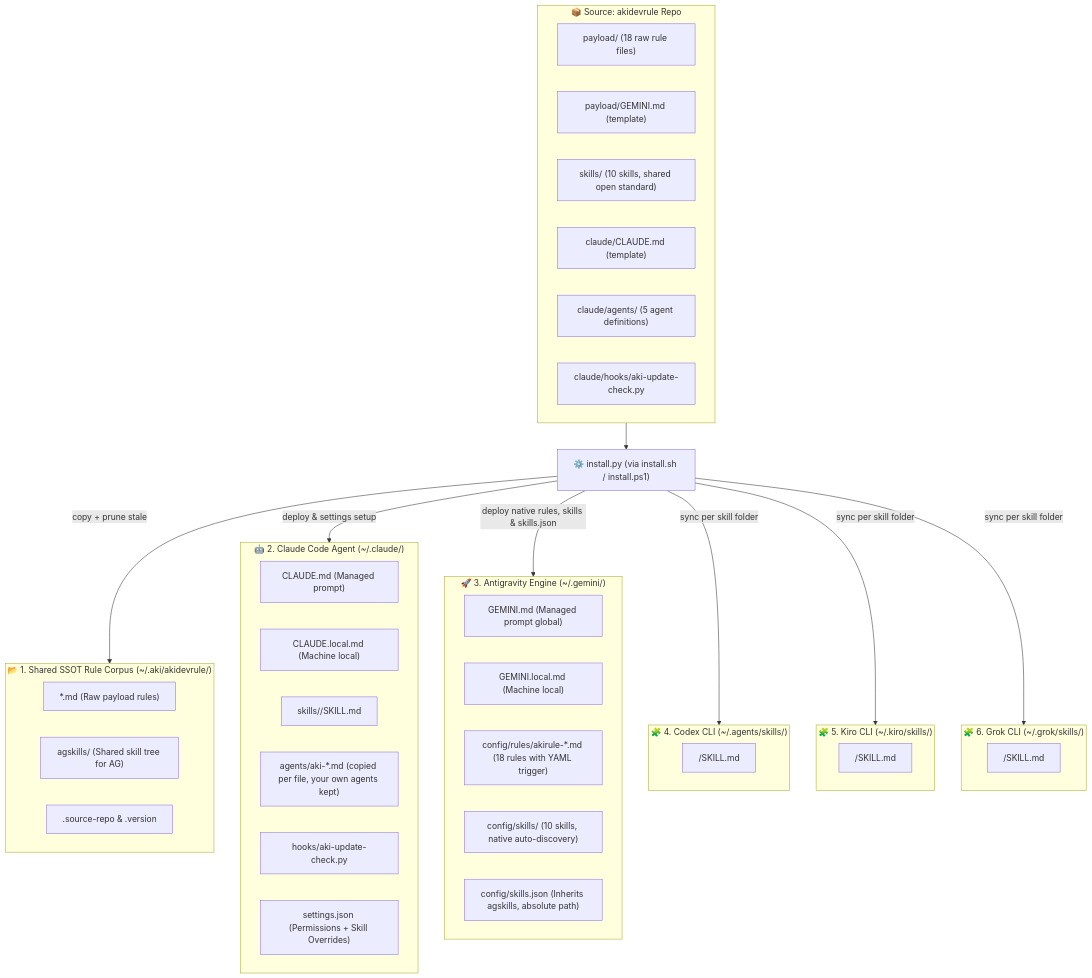
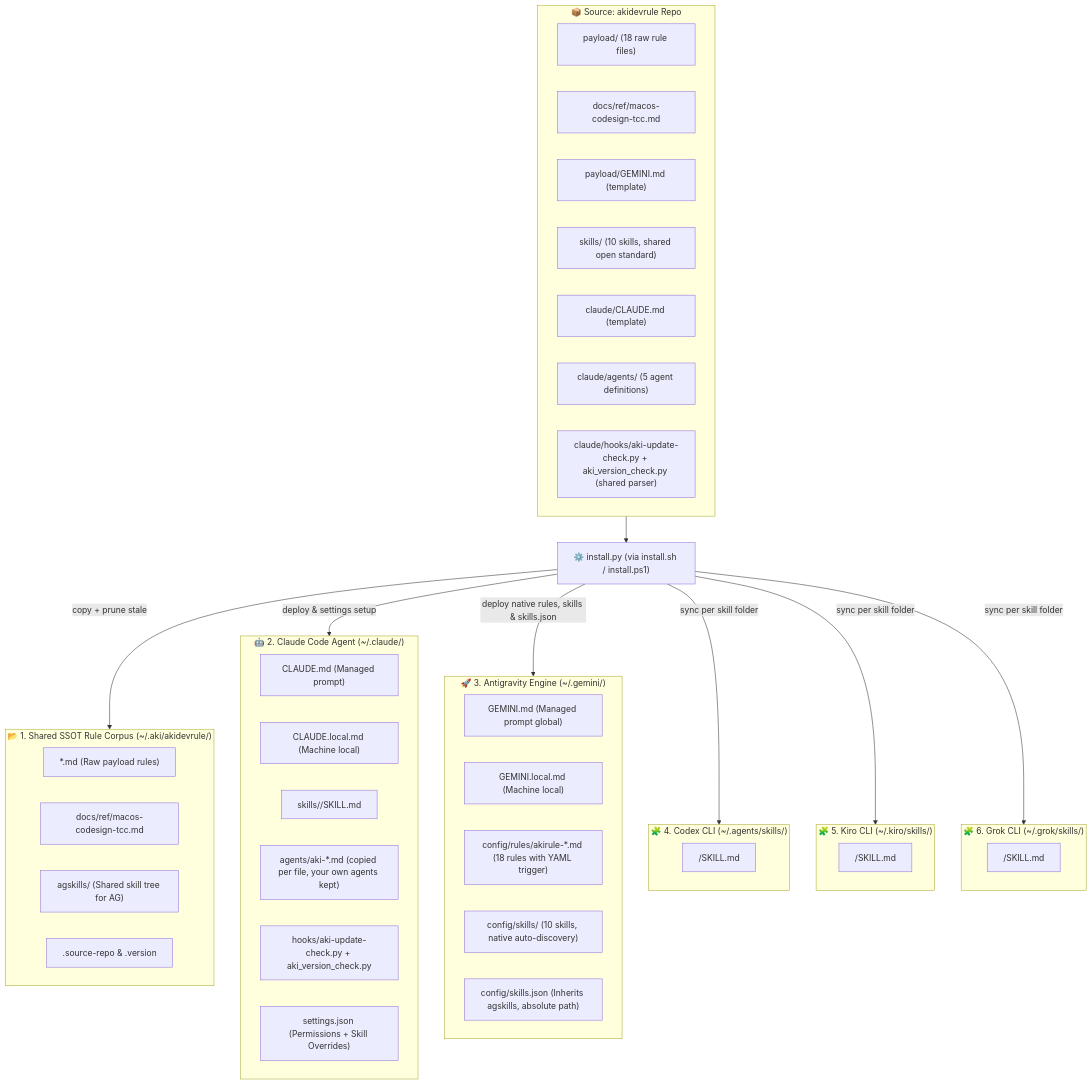
Before and after one commit to lacvietanh/akidevrule: the diagram in README.md, drawn with Mermaid. The commit also changed other lines of this file and 3 other files, not shown here.

````diff
--- a/README.md
+++ b/README.md
@@ -224,58 +235,60 @@
 ```mermaid
 flowchart TD
     subgraph SRC["📦 Source: akidevrule Repo"]
         PAYLOAD["payload/ (18 raw rule files)"]
+        TCCREF["docs/ref/macos-codesign-tcc.md"]
         PGEMINI["payload/GEMINI.md (template)"]
         CSKILLS["skills/ (10 skills, shared open standard)"]
         CCLAUDE["claude/CLAUDE.md (template)"]
         CAGENTS["claude/agents/ (5 agent definitions)"]
-        CHOOKS["claude/hooks/aki-update-check.py"]
+        CHOOKS["claude/hooks/aki-update-check.py + aki_version_check.py (shared parser)"]
     end
 
     INSTALL["⚙️ install.py (via install.sh / install.ps1)"]
     SRC --> INSTALL
 
     %% TARGET 1: ~/.aki/akidevrule/
     subgraph T1["📂 1. Shared SSOT Rule Corpus (~/.aki/akidevrule/)"]
         R_CORPUS["*.md (Raw payload rules)"]
+        R_TCC["docs/ref/macos-codesign-tcc.md"]
         R_AGSKILLS["agskills/ (Shared skill tree for AG)"]
         R_META[".source-repo & .version"]
     end
 
     %% TARGET 2: ~/.claude/
     subgraph T2["🤖 2. Claude Code Agent (~/.claude/)"]
         C_MD["CLAUDE.md (Managed prompt)"]
         C_LOCAL["CLAUDE.local.md (Machine local)"]
         C_SKILLS["skills/<skill_name>/SKILL.md"]
         C_AGENTS["agents/aki-*.md (copied per file, your own agents kept)"]
-        C_HOOKS["hooks/aki-update-check.py"]
+        C_HOOKS["hooks/aki-update-check.py + aki_version_check.py"]
         C_SET["settings.json (Permissions + Skill Overrides)"]
     end
 
     %% TARGET 3: ~/.gemini/
     subgraph T3["🚀 3. Antigravity Engine (~/.gemini/)"]
         G_MD["GEMINI.md (Managed prompt global)"]
         G_LOCAL["GEMINI.local.md (Machine local)"]
         G_RULES["config/rules/akirule-*.md (18 rules with YAML trigger)"]
         G_SKILLS["config/skills/ (10 skills, native auto-discovery)"]
         G_SJSON["config/skills.json (Inherits agskills, absolute path)"]
     end
 
     %% TARGETS 4-6: other CLIs that natively consume the SKILL.md standard
     subgraph T4["🧩 4. Codex CLI (~/.agents/skills/)"]
         X_SKILLS["<skill_name>/SKILL.md"]
     end
     subgraph T5["🧩 5. Kiro CLI (~/.kiro/skills/)"]
         K_SKILLS["<skill_name>/SKILL.md"]
     end
     subgraph T6["🧩 6. Grok CLI (~/.grok/skills/)"]
         R_SKILLS["<skill_name>/SKILL.md"]
     end
 
     INSTALL -->|"copy + prune stale"| T1
     INSTALL -->|"deploy & settings setup"| T2
     INSTALL -->|"deploy native rules, skills & skills.json"| T3
     INSTALL -->|"sync per skill folder"| T4
     INSTALL -->|"sync per skill folder"| T5
     INSTALL -->|"sync per skill folder"| T6
 ```
````
